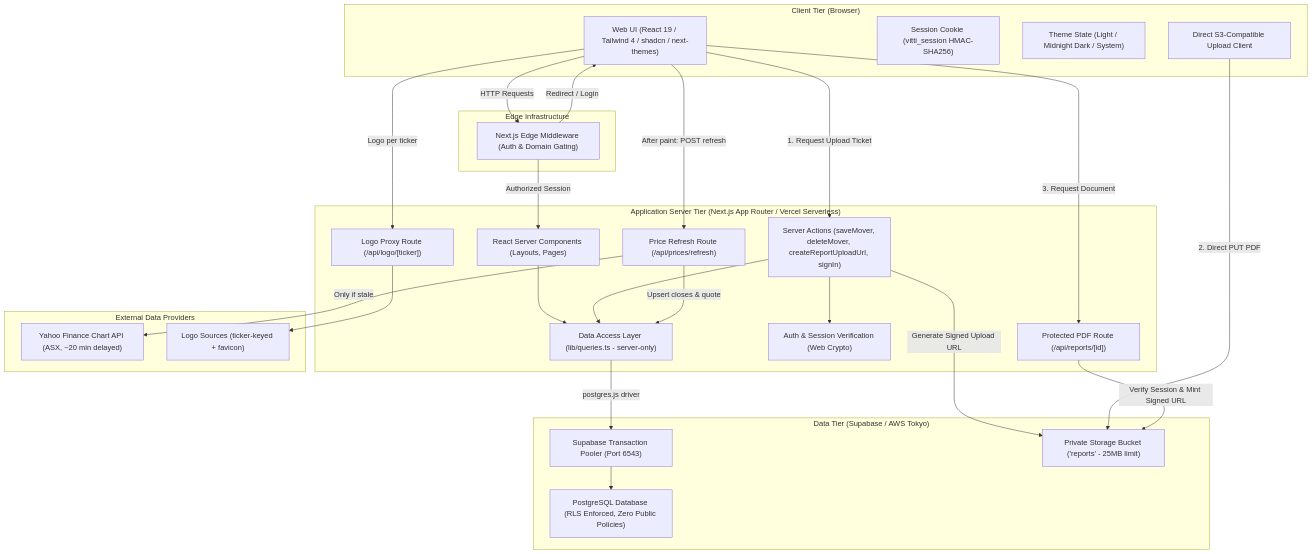
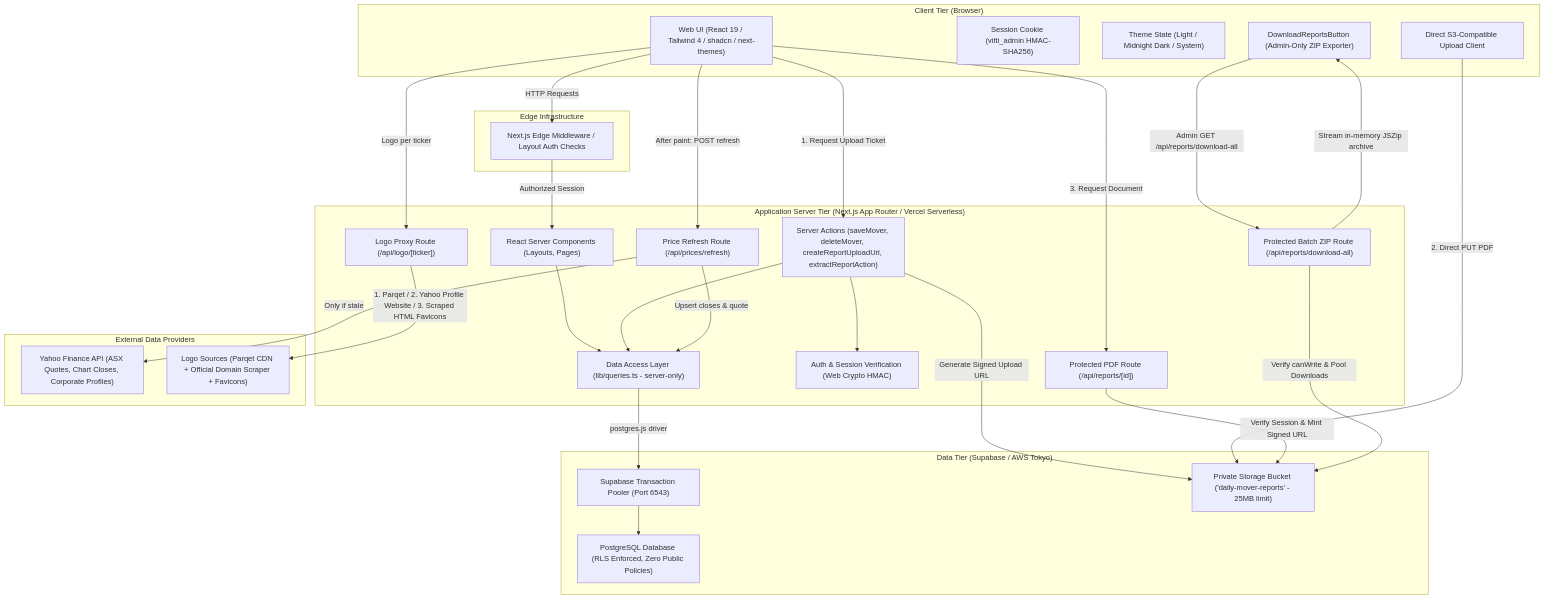
Before and after one commit to Vitti-Capital-Tech/daily-movers-dashboard: the first of 3 diagrams in docs/HLD.md, drawn with Mermaid. The commit also changed other lines of this file and 5 other files, not shown here.

````diff
--- a/docs/HLD.md
+++ b/docs/HLD.md
@@ -37,57 +37,63 @@
 ```mermaid
 graph TD
     subgraph Client["Client Tier (Browser)"]
         UI["Web UI (React 19 / Tailwind 4 / shadcn / next-themes)"]
-        Cookie["Session Cookie (vitti_session HMAC-SHA256)"]
+        Cookie["Session Cookie (vitti_admin HMAC-SHA256)"]
         Theme["Theme State (Light / Midnight Dark / System)"]
         Uploader["Direct S3-Compatible Upload Client"]
+        ZipBtn["DownloadReportsButton (Admin-Only ZIP Exporter)"]
     end
 
     subgraph Edge["Edge Infrastructure"]
-        MW["Next.js Edge Middleware (Auth & Domain Gating)"]
+        MW["Next.js Edge Middleware / Layout Auth Checks"]
     end
 
     subgraph Server["Application Server Tier (Next.js App Router / Vercel Serverless)"]
         RSC["React Server Components (Layouts, Pages)"]
-        SA["Server Actions (saveMover, deleteMover, createReportUploadUrl, signIn)"]
+        SA["Server Actions (saveMover, deleteMover, createReportUploadUrl, extractReportAction)"]
         PDFRoute["Protected PDF Route (/api/reports/[id])"]
+        ZipRoute["Protected Batch ZIP Route (/api/reports/download-all)"]
         PriceRoute["Price Refresh Route (/api/prices/refresh)"]
         LogoRoute["Logo Proxy Route (/api/logo/[ticker])"]
-        AuthLayer["Auth & Session Verification (Web Crypto)"]
+        AuthLayer["Auth & Session Verification (Web Crypto HMAC)"]
         QueryLayer["Data Access Layer (lib/queries.ts - server-only)"]
     end
 
     subgraph External["External Data Providers"]
-        Yahoo["Yahoo Finance Chart API (ASX, ~20 min delayed)"]
-        LogoCDN["Logo Sources (ticker-keyed + favicon)"]
+        Yahoo["Yahoo Finance API (ASX Quotes, Chart Closes, Corporate Profiles)"]
+        LogoCDN["Logo Sources (Parqet CDN + Official Domain Scraper + Favicons)"]
     end
 
     subgraph Database["Data Tier (Supabase / AWS Tokyo)"]
         Pooler["Supabase Transaction Pooler (Port 6543)"]
         Postgres["PostgreSQL Database (RLS Enforced, Zero Public Policies)"]
-        Storage["Private Storage Bucket ('reports' - 25MB limit)"]
+        Storage["Private Storage Bucket ('daily-mover-reports' - 25MB limit)"]
     end
 
     UI -->|HTTP Requests| MW
     MW -->|Authorized Session| RSC
-    MW -->|Redirect / Login| UI
     RSC --> QueryLayer
     SA --> AuthLayer
     SA --> QueryLayer
     QueryLayer -->|postgres.js driver| Pooler
     Pooler --> Postgres
 
     %% Upload and Download flows
     UI -->|1. Request Upload Ticket| SA
     SA -->|Generate Signed Upload URL| Storage
     Uploader -->|2. Direct PUT PDF| Storage
     UI -->|3. Request Document| PDFRoute
     PDFRoute -->|Verify Session & Mint Signed URL| Storage
 
+    %% Batch ZIP Download flow
+    ZipBtn -->|Admin GET /api/reports/download-all| ZipRoute
+    ZipRoute -->|Verify canWrite & Pool Downloads| Storage
+    ZipRoute -->|Stream in-memory JSZip archive| ZipBtn
+
     %% Automatic price refresh (pull-based, no cron)
     UI -->|After paint: POST refresh| PriceRoute
     PriceRoute -->|Only if stale| Yahoo
     PriceRoute -->|Upsert closes & quote| QueryLayer
     UI -->|Logo per ticker| LogoRoute
-    LogoRoute --> LogoCDN
+    LogoRoute -->|1. Parqet / 2. Yahoo Profile Website / 3. Scraped HTML Favicons| LogoCDN
 ```
````
